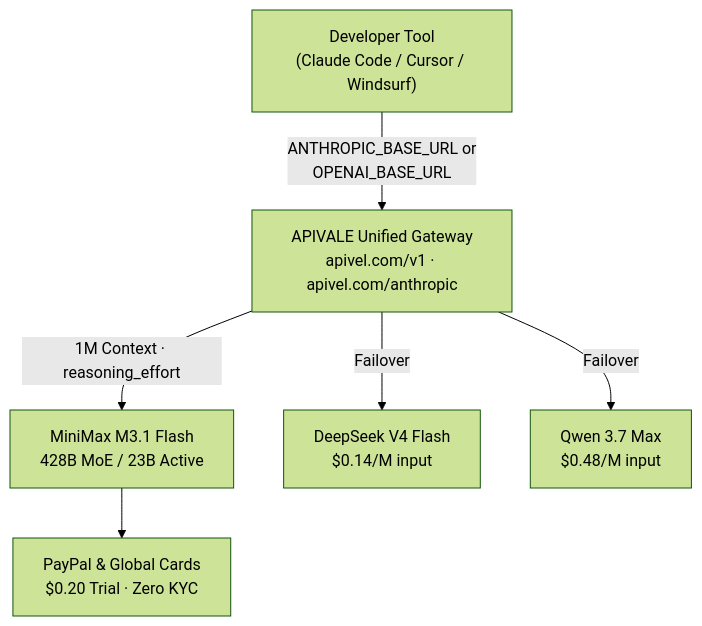
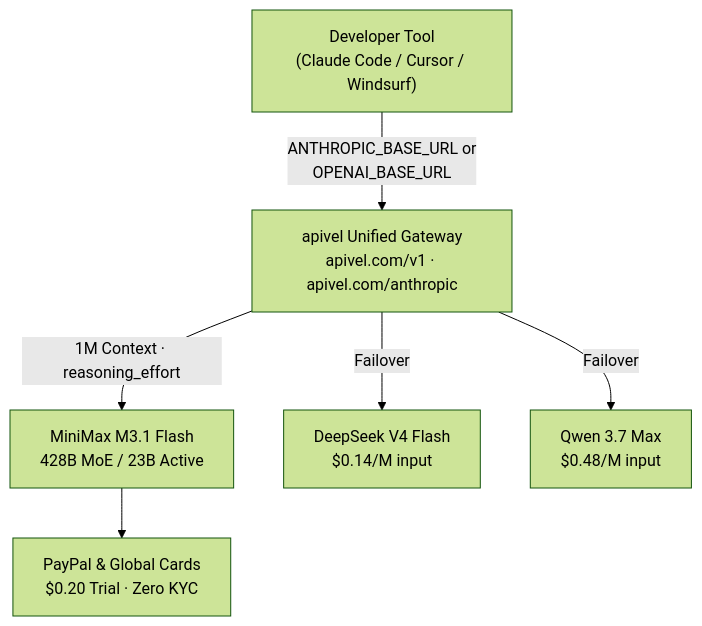
One commit to bshx2024/apivel_blog changed the diagram in src/content/blog/minimax-m3-flash-api-setup-benchmark.md. Above: the diagram before and after it, drawn with Mermaid (forest theme). The commit also changed other lines of this file and 2 other files, not shown here.

Commit message:
fix(brand): correct brand name to apivel and strip suffix from blog card title

````diff
--- a/src/content/blog/minimax-m3-flash-api-setup-benchmark.md
+++ b/src/content/blog/minimax-m3-flash-api-setup-benchmark.md
@@ -41,8 +41,8 @@
 ```mermaid
 graph TD
-    A["Developer Tool<br/>(Claude Code / Cursor / Windsurf)"] -->|"ANTHROPIC_BASE_URL or<br/>OPENAI_BASE_URL"| B["APIVALE Unified Gateway<br/>apivel.com/v1 · apivel.com/anthropic"]
+    A["Developer Tool<br/>(Claude Code / Cursor / Windsurf)"] -->|"ANTHROPIC_BASE_URL or<br/>OPENAI_BASE_URL"| B["apivel Unified Gateway<br/>apivel.com/v1 · apivel.com/anthropic"]
     B -->|"1M Context · reasoning_effort"| C["MiniMax M3.1 Flash<br/>428B MoE / 23B Active"]
     B -->|"Failover"| D["DeepSeek V4 Flash<br/>$0.14/M input"]
     B -->|"Failover"| E["Qwen 3.7 Max<br/>$0.48/M input"]
     C --> F["PayPal & Global Cards<br/>$0.20 Trial · Zero KYC"]
 ```
````
